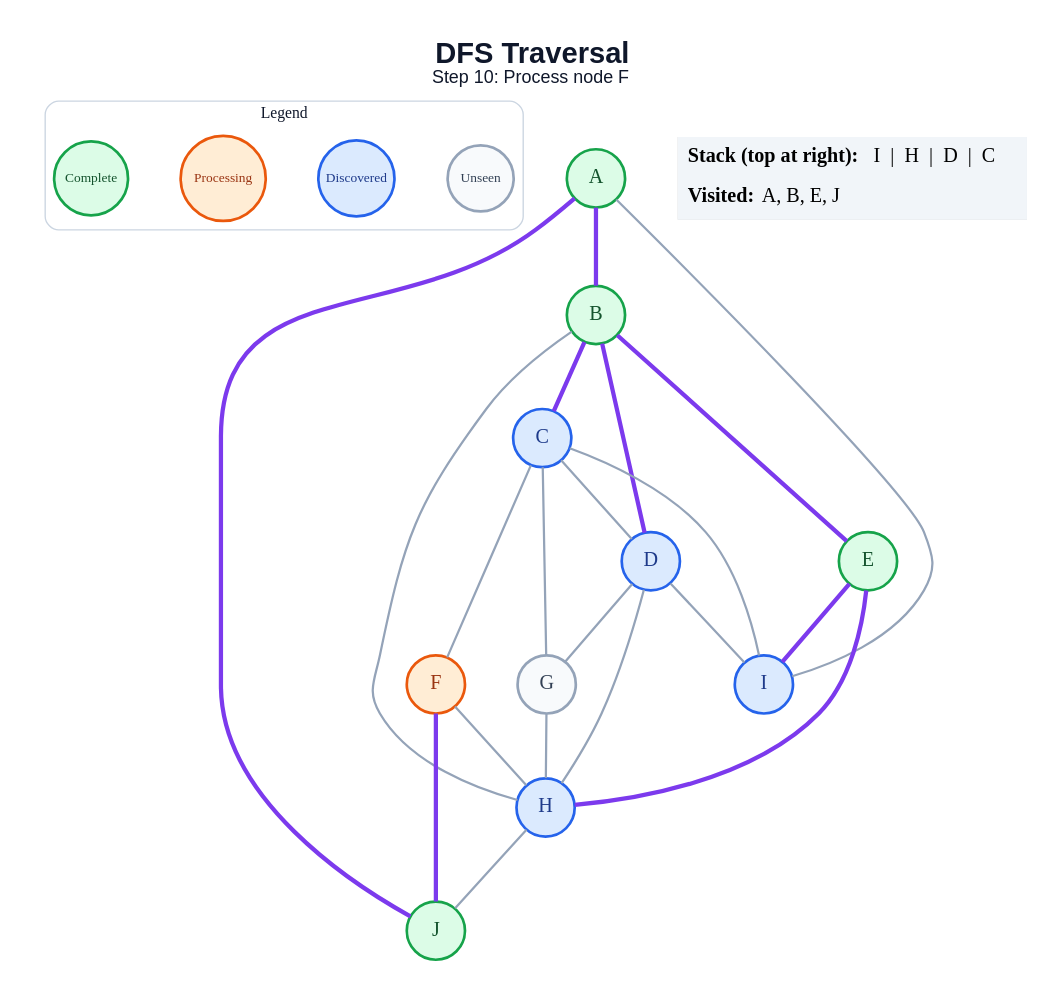
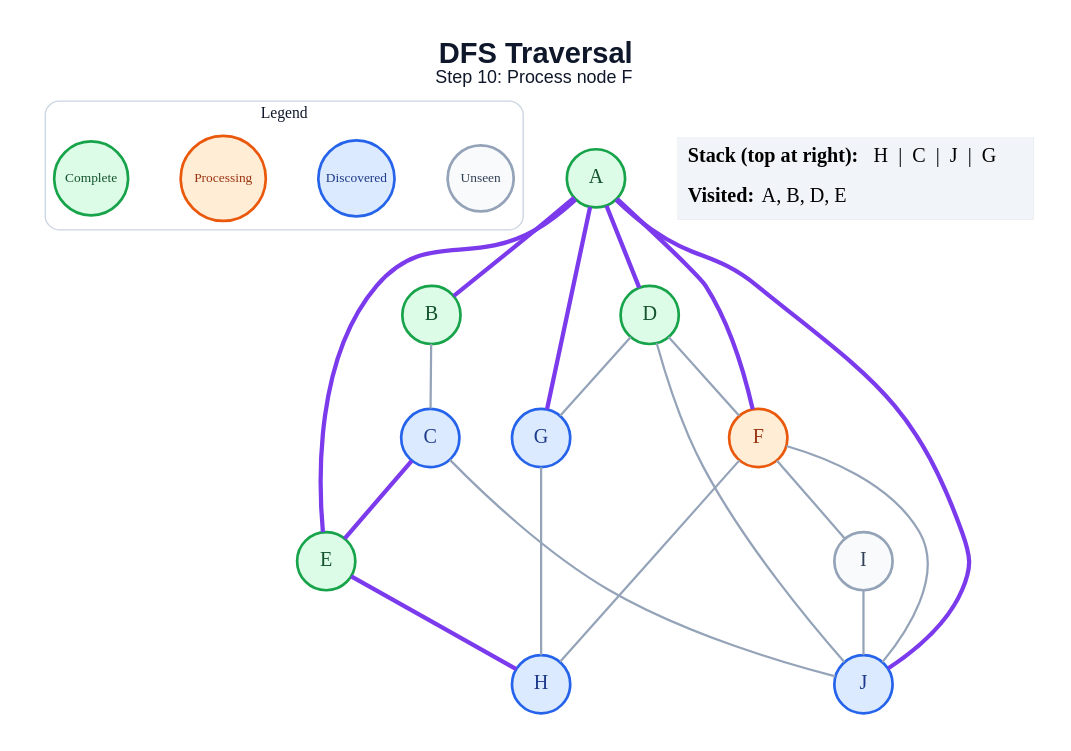
One commit to amanghodawala9/ai-slop changed the diagram in generated/specific-node/dfs/step_10.dot. Above: the diagram before and after it, drawn with Graphviz. The commit also changed 178 other files, not shown here.

```diff
--- a/generated/specific-node/dfs/step_10.dot
+++ b/generated/specific-node/dfs/step_10.dot
@@ -1,49 +1,47 @@
 graph traversal {
   graph [layout=dot, rankdir=TB, bgcolor="#FFFFFF", pad="0.35", nodesep="0.65", ranksep="0.8", fontname="Arial"];
   node [shape=circle, style="filled", fontname="Arial Bold", fontsize=18, width=0.72, fixedsize=true, penwidth=2.4];
   edge [color="#94A3B8", penwidth=2.0];
   label=<<B>DFS Traversal</B><BR/><FONT POINT-SIZE="16">Step 10: Process node F</FONT>>; labelloc="t"; fontsize=26; fontname="Arial"; fontcolor="#0F172A";
   subgraph cluster_legend { label="Legend"; color="#CBD5E1"; penwidth=1.2; style="rounded"; fontsize=14; fontname="Arial Bold";
     key_unseen [label="Unseen", fillcolor="#F8FAFC", color="#94A3B8", fontcolor="#334155", fontsize=12, width=0.82];
     key_frontier [label="Discovered", fillcolor="#DBEAFE", color="#2563EB", fontcolor="#1E3A8A", fontsize=12, width=0.95];
     key_current [label="Processing", fillcolor="#FFEDD5", color="#EA580C", fontcolor="#9A3412", fontsize=12, width=1.05];
     key_done [label="Complete", fillcolor="#DCFCE7", color="#16A34A", fontcolor="#14532D", fontsize=12, width=0.92];
     { rank=same; key_unseen; key_frontier; key_current; key_done; }
   }
   A [fillcolor="#DCFCE7", color="#16A34A", fontcolor="#14532D"];
   B [fillcolor="#DCFCE7", color="#16A34A", fontcolor="#14532D"];
   C [fillcolor="#DBEAFE", color="#2563EB", fontcolor="#1E3A8A"];
-  D [fillcolor="#DBEAFE", color="#2563EB", fontcolor="#1E3A8A"];
+  D [fillcolor="#DCFCE7", color="#16A34A", fontcolor="#14532D"];
   E [fillcolor="#DCFCE7", color="#16A34A", fontcolor="#14532D"];
   F [fillcolor="#FFEDD5", color="#EA580C", fontcolor="#9A3412"];
-  G [fillcolor="#F8FAFC", color="#94A3B8", fontcolor="#334155"];
+  G [fillcolor="#DBEAFE", color="#2563EB", fontcolor="#1E3A8A"];
   H [fillcolor="#DBEAFE", color="#2563EB", fontcolor="#1E3A8A"];
-  I [fillcolor="#DBEAFE", color="#2563EB", fontcolor="#1E3A8A"];
-  J [fillcolor="#DCFCE7", color="#16A34A", fontcolor="#14532D"];
+  I [fillcolor="#F8FAFC", color="#94A3B8", fontcolor="#334155"];
+  J [fillcolor="#DBEAFE", color="#2563EB", fontcolor="#1E3A8A"];
   A -- B [color="#7C3AED", penwidth=3.8];
-  A -- I;
+  A -- D [color="#7C3AED", penwidth=3.8];
+  A -- E [color="#7C3AED", penwidth=3.8];
+  A -- F [color="#7C3AED", penwidth=3.8];
+  A -- G [color="#7C3AED", penwidth=3.8];
   A -- J [color="#7C3AED", penwidth=3.8];
-  B -- C [color="#7C3AED", penwidth=3.8];
-  B -- D [color="#7C3AED", penwidth=3.8];
-  B -- E [color="#7C3AED", penwidth=3.8];
-  B -- H;
-  C -- D;
-  C -- F;
-  C -- G;
-  C -- I;
+  B -- C;
+  C -- E [color="#7C3AED", penwidth=3.8];
+  C -- J;
+  D -- F;
   D -- G;
-  D -- H;
-  D -- I;
+  D -- J;
   E -- H [color="#7C3AED", penwidth=3.8];
-  E -- I [color="#7C3AED", penwidth=3.8];
   F -- H;
-  F -- J [color="#7C3AED", penwidth=3.8];
+  F -- I;
+  F -- J;
   G -- H;
-  H -- J;
+  I -- J;
   status [shape=plain, fixedsize=false, width=0, height=0, margin=0, label=<
     <TABLE BORDER="0" CELLBORDER="0" CELLPADDING="7" BGCOLOR="#F1F5F9">
-      <TR><TD ALIGN="LEFT"><B>Stack (top at right):</B> I  |  H  |  D  |  C</TD></TR>
-      <TR><TD ALIGN="LEFT"><B>Visited:</B> A, B, E, J</TD></TR>
+      <TR><TD ALIGN="LEFT"><B>Stack (top at right):</B> H  |  C  |  J  |  G</TD></TR>
+      <TR><TD ALIGN="LEFT"><B>Visited:</B> A, B, D, E</TD></TR>
     </TABLE>
   >];
 }
```
